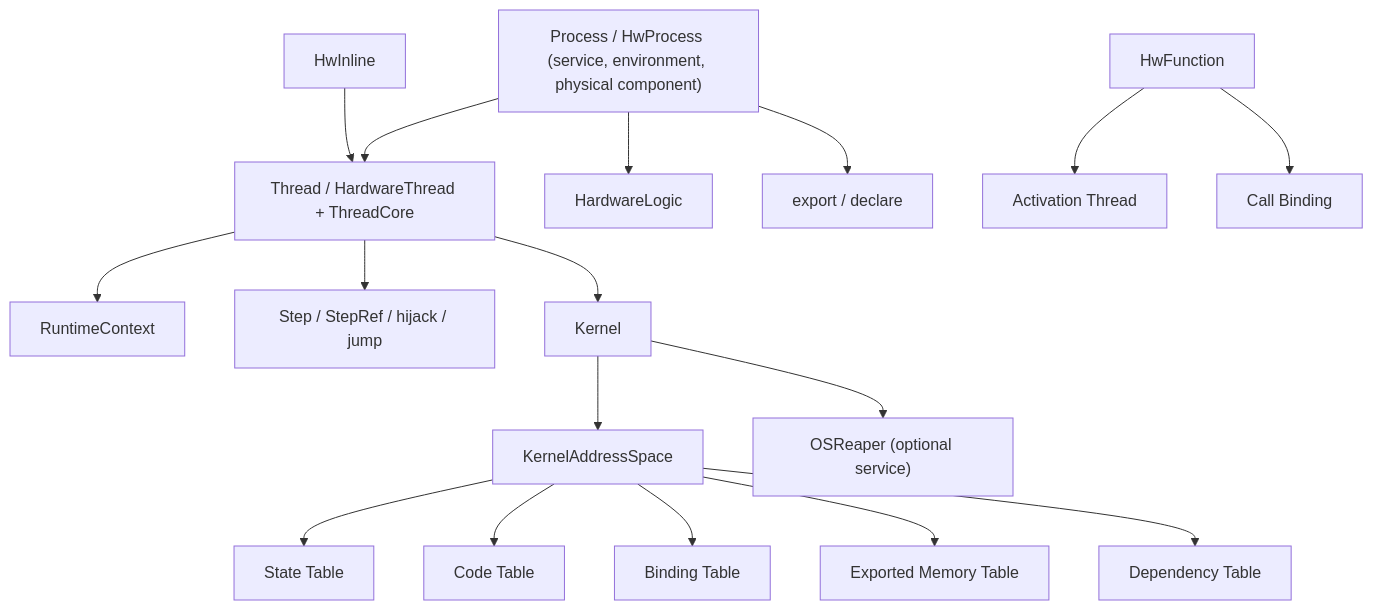
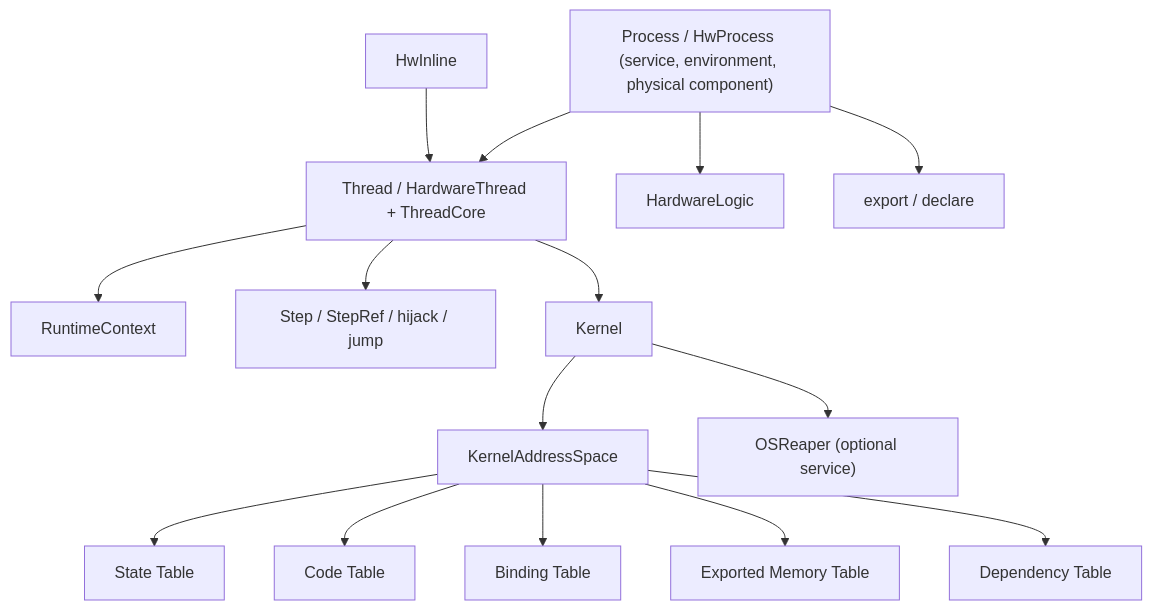
One commit to NullStarfish/HwOS changed the diagram in docs/concepts.md. Above: the diagram before and after it, drawn with Mermaid. The commit also changed other lines of this file and 10 other files, not shown here.

````diff
--- a/docs/concepts.md
+++ b/docs/concepts.md
@@ -11,19 +11,17 @@
 ```mermaid
 graph TD
   P["Process / HwProcess (service, environment, physical component)"] --> T["Thread / HardwareThread + ThreadCore"]
   P --> L["HardwareLogic"]
   P --> E["export / declare"]
   T --> R["RuntimeContext"]
   T --> S["Step / StepRef / hijack / jump"]
   T --> K["Kernel"]
-  F["HwFunction"] --> A["Activation Thread"]
-  F --> CB["Call Binding"]
   I["HwInline"] --> T
   K --> AS["KernelAddressSpace"]
   AS --> ST["State Table"]
   AS --> CT["Code Table"]
   AS --> BT["Binding Table"]
   AS --> ET["Exported Memory Table"]
   AS --> DT["Dependency Table"]
   K --> O["OSReaper (optional service)"]
 ```
````
